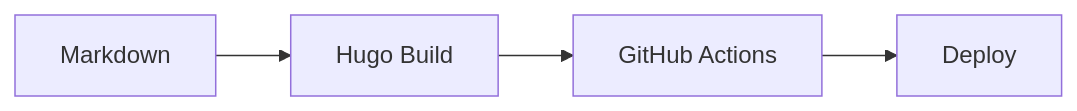
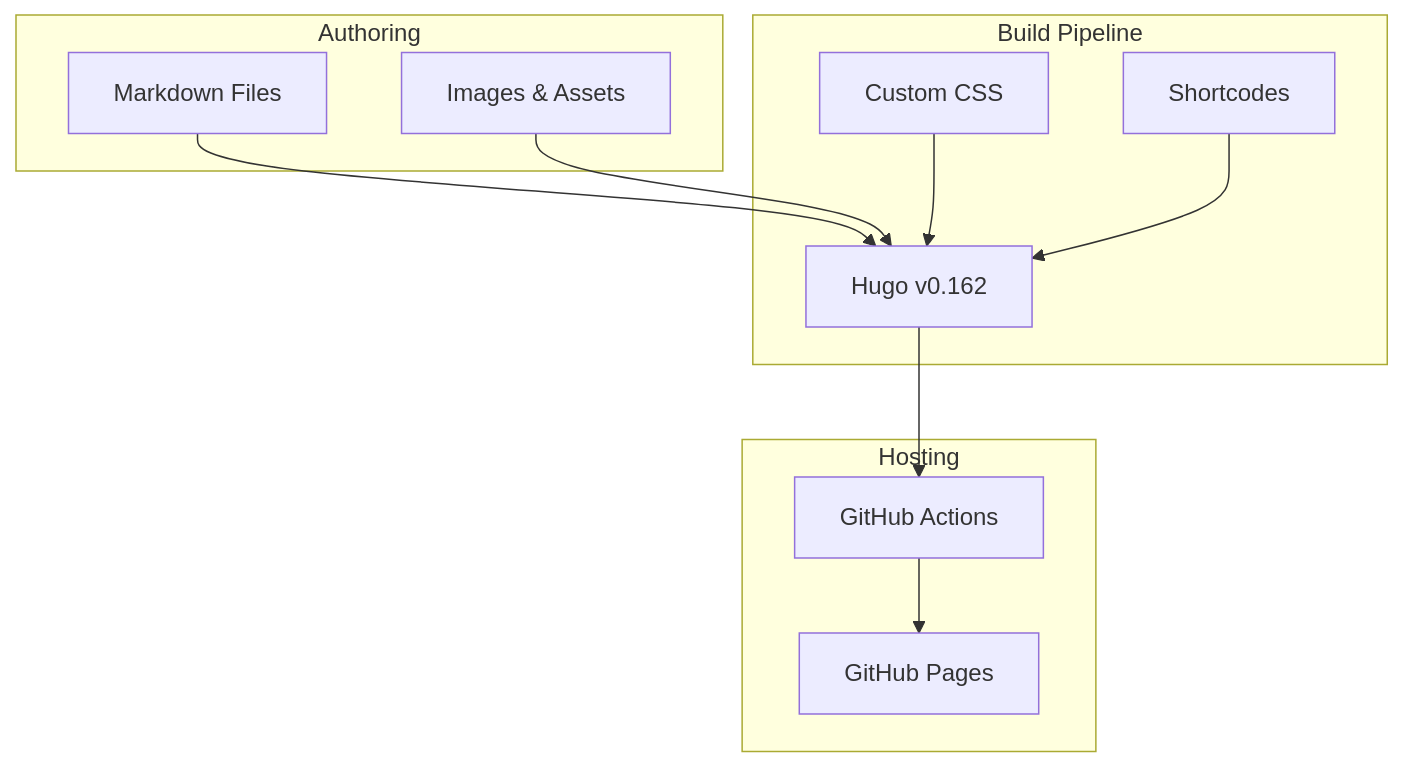
The fourth of 4 diagrams in content/posts/getting-started.md (triumphpc/blog), drawn with Mermaid before and after one commit. The commit also changed other lines of this file and 16 other files, not shown here.

````diff
--- a/content/posts/getting-started.md
+++ b/content/posts/getting-started.md
@@ -24,6 +118,25 @@
-```mermaid
-graph LR
-    A[Markdown] --> B[Hugo Build]
-    B --> C[GitHub Actions]
-    C --> D[Deploy]
-```
+{{< mermaid align="center" >}}
+graph TB
+    subgraph "Authoring"
+        MD[Markdown Files]
+        IMG[Images & Assets]
+    end
+    
+    subgraph "Build Pipeline"
+        HUGO[Hugo v0.162]
+        CSS[Custom CSS]
+        SC[Shortcodes]
+    end
+    
+    subgraph "Hosting"
+        GHA[GitHub Actions]
+        GHP[GitHub Pages]
+    end
+    
+    MD --> HUGO
+    IMG --> HUGO
+    CSS --> HUGO
+    SC --> HUGO
+    HUGO --> GHA
+    GHA --> GHP
+{{< /mermaid >}}
````
